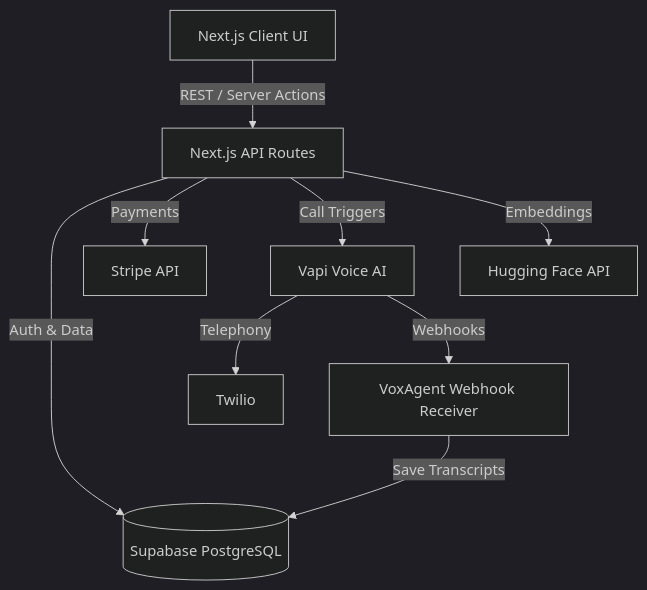
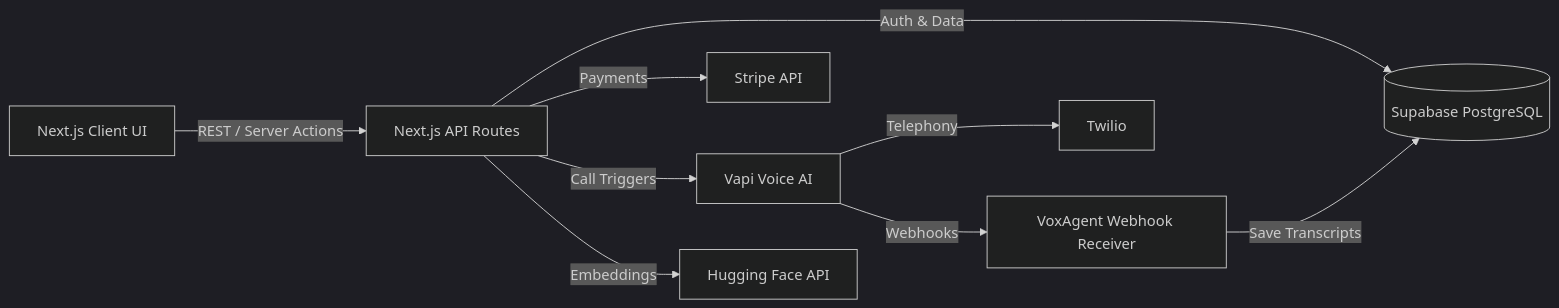
Before and after one commit to burakcnaksy0/VoxAgent: the first of 2 diagrams in README.md, drawn with Mermaid (dark theme). The commit also changed other lines of this file and 2 other files, not shown here.

````diff
--- a/README.md
+++ b/README.md
@@ -143,11 +36,11 @@
 ```mermaid
-graph TD
+flowchart LR
     Client[Next.js Client UI] -->|REST / Server Actions| API[Next.js API Routes]
     API -->|Auth & Data| Supabase[(Supabase PostgreSQL)]
     API -->|Payments| Stripe[Stripe API]
     API -->|Call Triggers| Vapi[Vapi Voice AI]
     API -->|Embeddings| HF[Hugging Face API]
     Vapi -->|Telephony| Twilio[Twilio]
     Vapi -->|Webhooks| Webhook[VoxAgent Webhook Receiver]
     Webhook -->|Save Transcripts| Supabase
 ```
````
